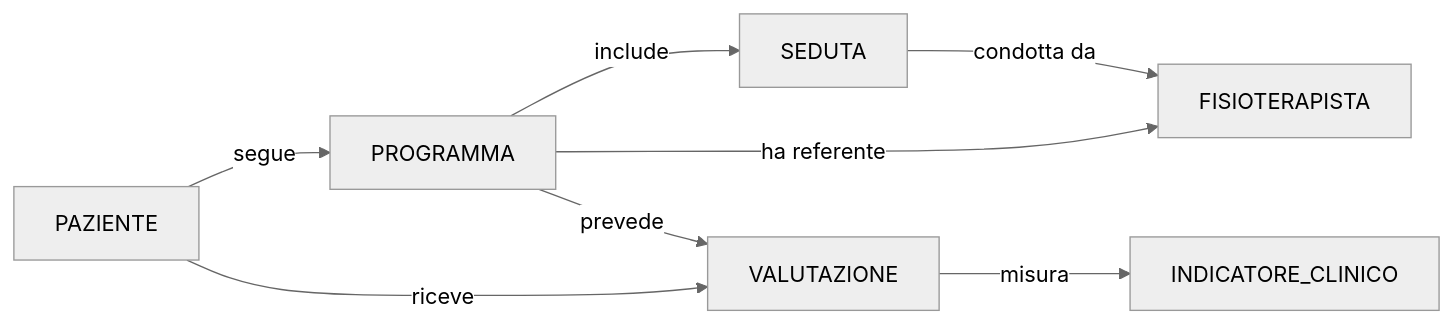
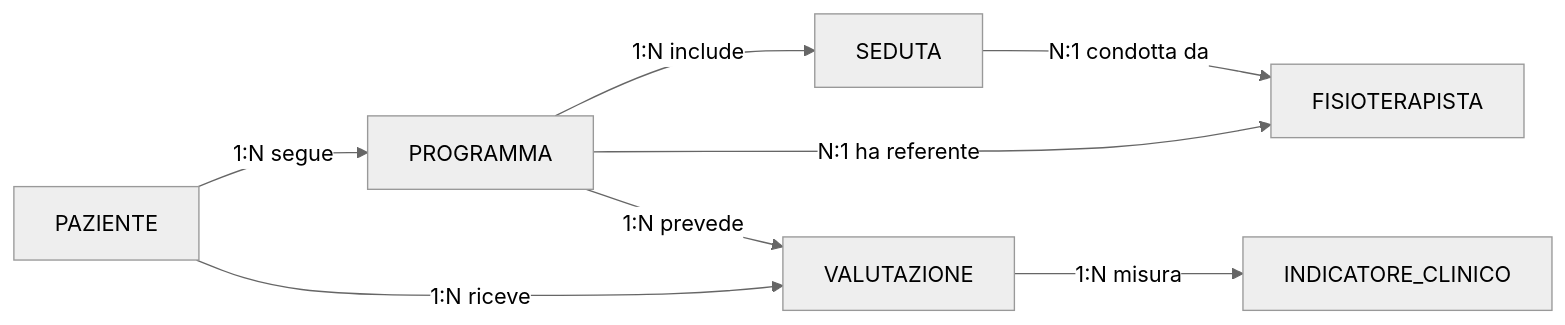
The fourth of 5 diagrams in 08-progettazione-er/esercizi/01-esercizio-palestra-riabilitativa.md (lucadagati/Lab_Fondamenti_di_Informatica_25_26), drawn with Mermaid (neutral theme) before and after one commit. The commit also changed other lines of this file and 60 other files, not shown here.

Commit message:
Add Chen ER step-by-step draw.io diagrams and fix layout

````diff
--- a/08-progettazione-er/esercizi/01-esercizio-palestra-riabilitativa.md
+++ b/08-progettazione-er/esercizi/01-esercizio-palestra-riabilitativa.md
@@ -107,10 +107,10 @@
 ```mermaid
 flowchart LR
-    P[PAZIENTE] -->|segue| PR[PROGRAMMA]
-    PR -->|include| S[SEDUTA]
-    S -->|condotta da| F[FISIOTERAPISTA]
-    PR -->|ha referente| F
-    P -->|riceve| V[VALUTAZIONE]
-    PR -->|prevede| V
-    V -->|misura| I[INDICATORE_CLINICO]
+    P[PAZIENTE] -->|1:N segue| PR[PROGRAMMA]
+    PR -->|1:N include| S[SEDUTA]
+    S -->|N:1 condotta da| F[FISIOTERAPISTA]
+    PR -->|N:1 ha referente| F
+    P -->|1:N riceve| V[VALUTAZIONE]
+    PR -->|1:N prevede| V
+    V -->|1:N misura| I[INDICATORE_CLINICO]
 ```
````
